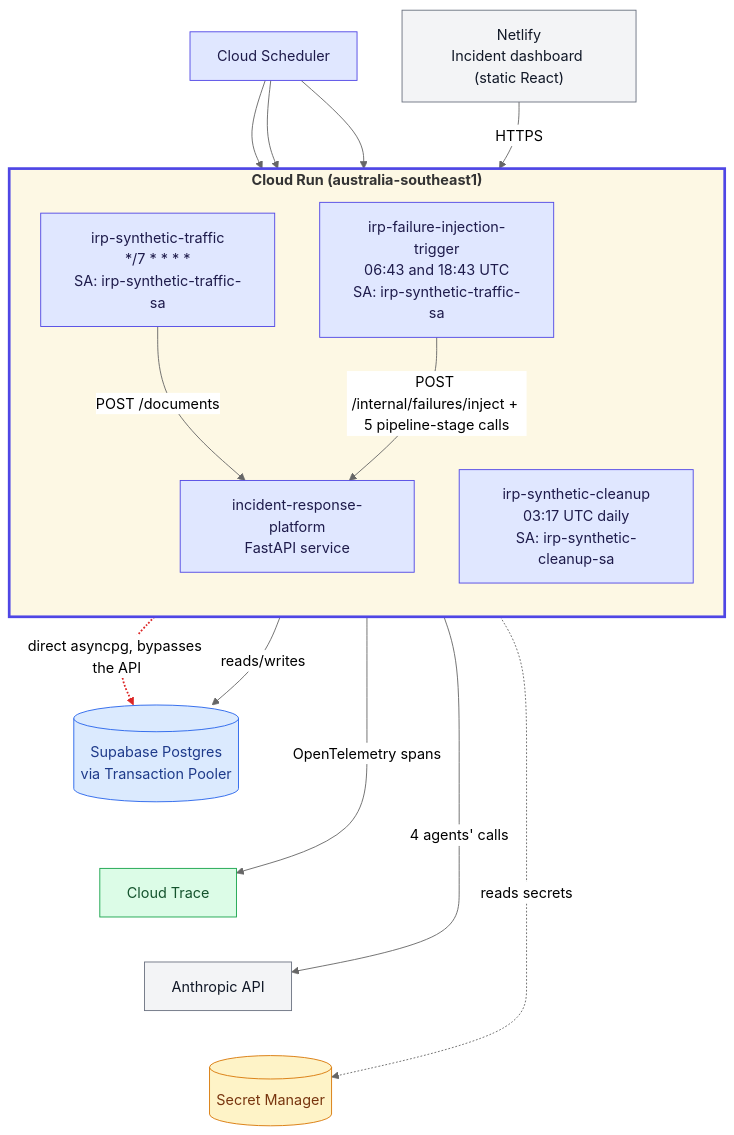
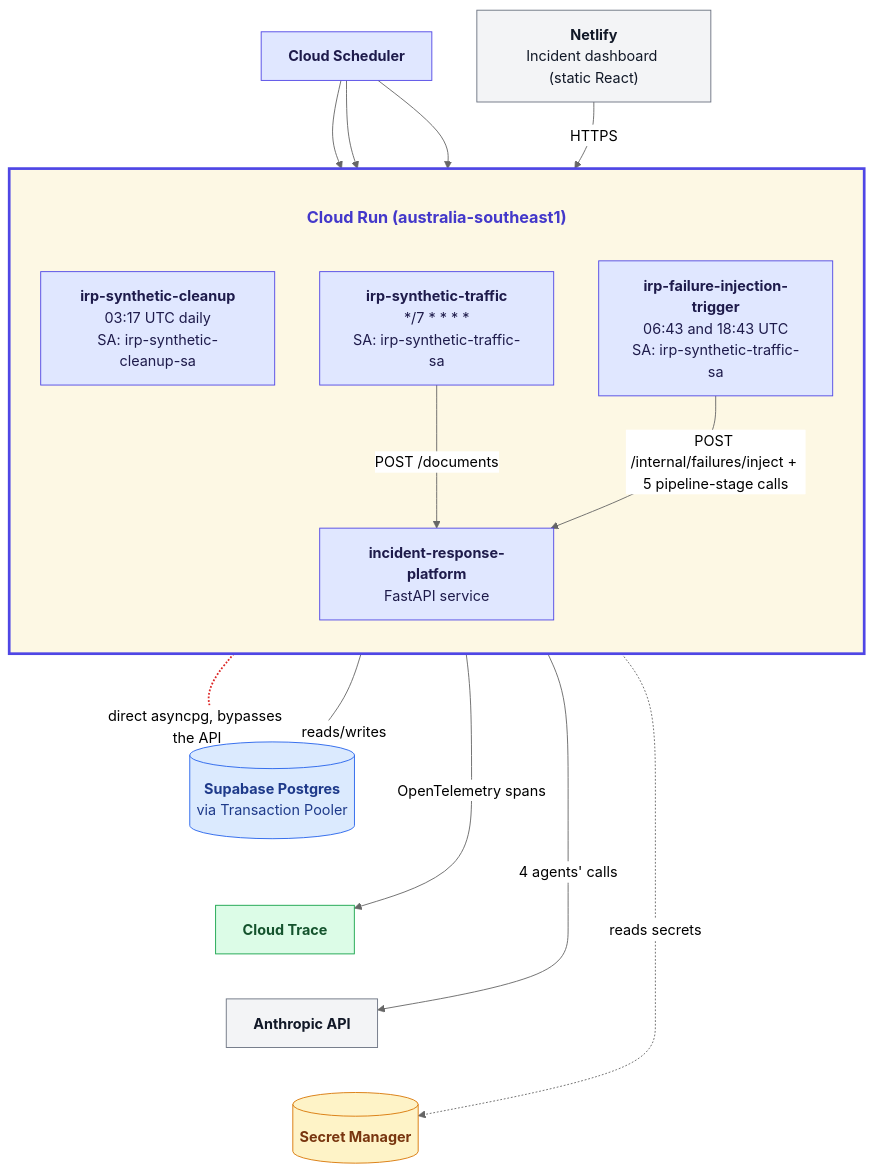
The diagram in docs/architecture-infra.md (ShafqaatMalik/incident-response-platform), drawn with Mermaid (neutral theme) before and after one commit.

Commit message:
Targeted layout adjustments to architecture-infra.md diagram
Three jobs now sit in one horizontal row (Cleanup declared in the
middle with a CLEANUP~~~SERVICE same-behavior hint, mirroring the real
edges Traffic/Trigger already have to Service -- the same technique
proven to work in an earlier iteration), more vertical space between
the subgraph title and the job row, and bold applied to every node
label throughout for consistency.

The Cloud Run title is now bold, indigo-accented, and visibly larger
(18px), fully contained within the box -- fixed the clipping bug from
a prior attempt by setting font-size inline on the label's own <b>
tag instead of via the external "style COMPUTE" line, which is what
caused the box-width/clipping issue previously. Cloud Scheduler is
similarly bold and larger (16px). Verified with mermaid-cli at high
resolution to confirm no clipping or unintended shifts.

Claude-Session: https://claude.ai/code/session_01Go5Q58FhHZwhaTxtMiUwpV

````diff
--- a/docs/architecture-infra.md
+++ b/docs/architecture-infra.md
@@ -12,51 +12,53 @@
 ```mermaid
+%%{init: {"flowchart": {"subGraphTitleMargin": {"top": 40, "bottom": 25}}}}%%
 flowchart TD
-    SCHEDULER["Cloud Scheduler"]
-    NETLIFY["Netlify<br/>Incident dashboard (static React)"]
+    SCHEDULER["<b style='font-size:16px'>Cloud Scheduler</b>"]
+    NETLIFY["<b>Netlify</b><br/>Incident dashboard (static React)"]
 
-    subgraph COMPUTE["<b>Cloud Run (australia-southeast1)</b>"]
+    subgraph COMPUTE["<b style='font-size:18px; color:#4338ca'>Cloud Run (australia-southeast1)</b>"]
         direction TB
-        TRAFFIC["irp-synthetic-traffic<br/>*/7 * * * *<br/>SA: irp-synthetic-traffic-sa"]
-        TRIGGER["irp-failure-injection-trigger<br/>06:43 and 18:43 UTC<br/>SA: irp-synthetic-traffic-sa"]
-        CLEANUP["irp-synthetic-cleanup<br/>03:17 UTC daily<br/>SA: irp-synthetic-cleanup-sa"]
-        SERVICE["incident-response-platform<br/>FastAPI service"]
+        TRAFFIC["<b>irp-synthetic-traffic</b><br/>*/7 * * * *<br/>SA: irp-synthetic-traffic-sa"]
+        CLEANUP["<b>irp-synthetic-cleanup</b><br/>03:17 UTC daily<br/>SA: irp-synthetic-cleanup-sa"]
+        TRIGGER["<b>irp-failure-injection-trigger</b><br/>06:43 and 18:43 UTC<br/>SA: irp-synthetic-traffic-sa"]
+        SERVICE["<b>incident-response-platform</b><br/>FastAPI service"]
+        CLEANUP ~~~ SERVICE
     end
 
-    DB[("Supabase Postgres<br/>via Transaction Pooler")]
-    SECRETS[("Secret Manager")]
-    ANTHROPIC["Anthropic API"]
-    TRACE["Cloud Trace"]
+    DB[("<b>Supabase Postgres</b><br/>via Transaction Pooler")]
+    SECRETS[("<b>Secret Manager</b>")]
+    ANTHROPIC["<b>Anthropic API</b>"]
+    TRACE["<b>Cloud Trace</b>"]
 
     SCHEDULER --> TRAFFIC
     SCHEDULER --> TRIGGER
     SCHEDULER --> CLEANUP
     NETLIFY -->|HTTPS| SERVICE
 
     TRAFFIC -->|POST /documents| SERVICE
     TRIGGER -->|"POST /internal/failures/inject + 5 pipeline-stage calls"| SERVICE
 
     CLEANUP -.->|"direct asyncpg, bypasses the API"| DB
     SERVICE -->|reads/writes| DB
     DB ~~~ TRACE
     SERVICE -->|OpenTelemetry spans| TRACE
     TRACE ~~~ ANTHROPIC
     SERVICE -->|"4 agents' calls"| ANTHROPIC
     ANTHROPIC ~~~ SECRETS
     SERVICE -.->|reads secrets| SECRETS
 
     classDef compute fill:#e0e7ff,stroke:#4f46e5,stroke-width:1px,color:#1e1b4b
     classDef data fill:#dbeafe,stroke:#2563eb,stroke-width:1px,color:#1e3a8a
     classDef secrets fill:#fef3c7,stroke:#d97706,stroke-width:1px,color:#78350f
     classDef external fill:#f3f4f6,stroke:#6b7280,stroke-width:1px,color:#111827
     classDef observability fill:#dcfce7,stroke:#16a34a,stroke-width:1px,color:#14532d
 
     class SERVICE,TRAFFIC,TRIGGER,CLEANUP,SCHEDULER compute
     class DB data
     class SECRETS secrets
     class NETLIFY,ANTHROPIC external
     class TRACE observability
 
-    linkStyle 6 stroke:#dc2626,stroke-width:2px
+    linkStyle 7 stroke:#dc2626,stroke-width:2px
 
     style COMPUTE fill:#fdf8e4,stroke:#4f46e5,stroke-width:3px
 ```
````
